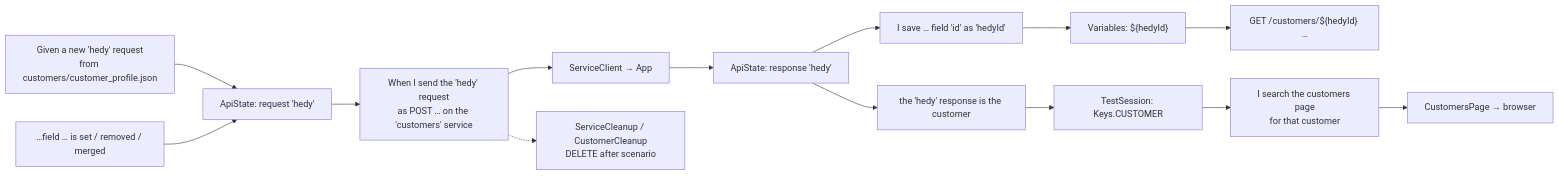
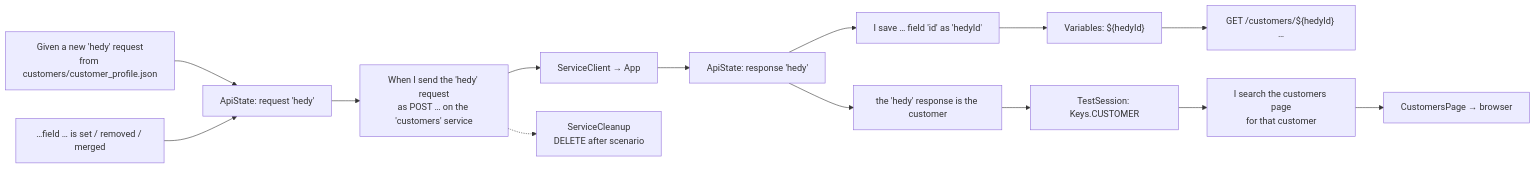
The sixth of 7 diagrams in docs/architecture.md (JayeshKumud/agentic-qa-java), drawn with Mermaid before and after one commit. The commit also changed other lines of this file and 12 other files, not shown here.

First line of the commit message:
Inject PageComponentFactory with PicoContainer; replace CustomerCleanup with ServiceCleanup

````diff
--- a/docs/architecture.md
+++ b/docs/architecture.md
@@ -265,12 +265,12 @@
 ```mermaid
 flowchart LR
     F1["Given a new 'hedy' request<br/>from customers/customer_profile.json"] --> AS1["ApiState: request 'hedy'"]
     F2["…field … is set / removed / merged"] --> AS1
     AS1 --> F3["When I send the 'hedy' request<br/>as POST … on the 'customers' service"]
     F3 --> SC["ServiceClient → App"] --> AS2["ApiState: response 'hedy'"]
     AS2 --> F4["I save … field 'id' as 'hedyId'"] --> VAR["Variables: ${hedyId}"]
     VAR --> F5["GET /customers/${hedyId} …"]
     AS2 --> F6["the 'hedy' response is the customer"] --> KEY["TestSession: Keys.CUSTOMER"]
     KEY --> F7["I search the customers page<br/>for that customer"] --> PO["CustomersPage → browser"]
-    F3 -.-> CLN["ServiceCleanup / CustomerCleanup<br/>DELETE after scenario"]
+    F3 -.-> CLN["ServiceCleanup<br/>DELETE after scenario"]
 ```
````
